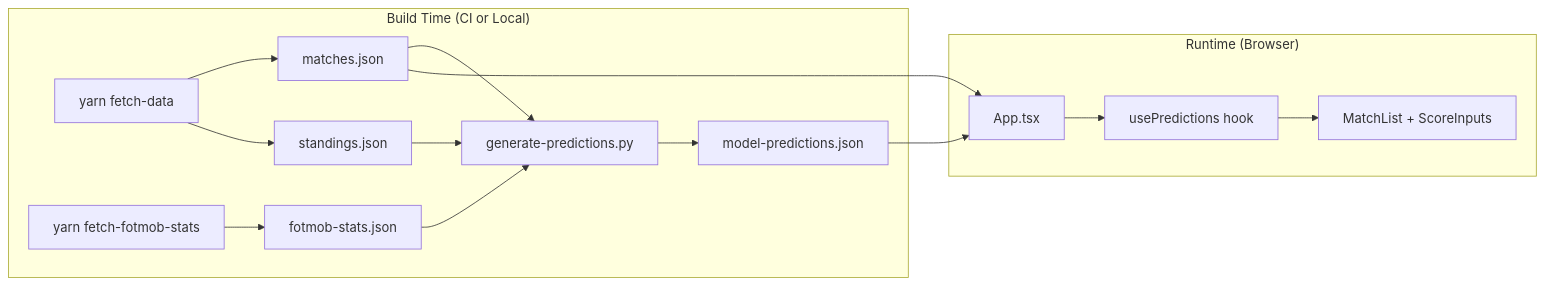
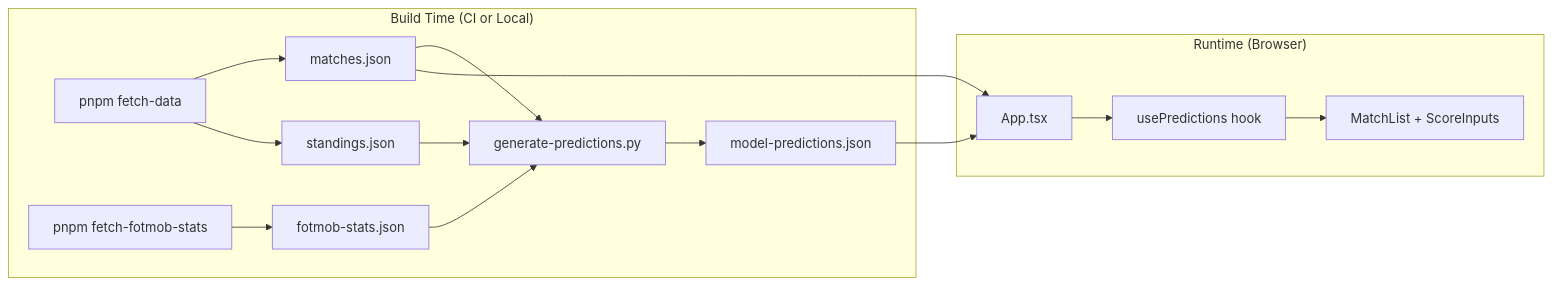
One commit to kapowaz/football-predictor changed the diagram in docs/match-prediction-model.md. Above: the diagram before and after it, drawn with Mermaid. The commit also changed other lines of this file and 6 other files, not shown here.

````diff
--- a/docs/match-prediction-model.md
+++ b/docs/match-prediction-model.md
@@ -7,18 +7,18 @@
 ```mermaid
 flowchart LR
   subgraph buildTime ["Build Time (CI or Local)"]
-    fetchData["yarn fetch-data"] --> matchesJson["matches.json"]
+    fetchData["pnpm fetch-data"] --> matchesJson["matches.json"]
     fetchData --> standingsJson["standings.json"]
-    fetchFotmob["yarn fetch-fotmob-stats"] --> fotmobStats["fotmob-stats.json"]
+    fetchFotmob["pnpm fetch-fotmob-stats"] --> fotmobStats["fotmob-stats.json"]
     matchesJson --> pythonScript["generate-predictions.py"]
     standingsJson --> pythonScript
     fotmobStats --> pythonScript
     pythonScript --> predictedScores["model-predictions.json"]
   end
   subgraph runtime ["Runtime (Browser)"]
     predictedScores --> appTsx["App.tsx"]
     matchesJson --> appTsx
     appTsx --> usePredictions["usePredictions hook"]
     usePredictions --> matchList["MatchList + ScoreInputs"]
   end
 ```
````
